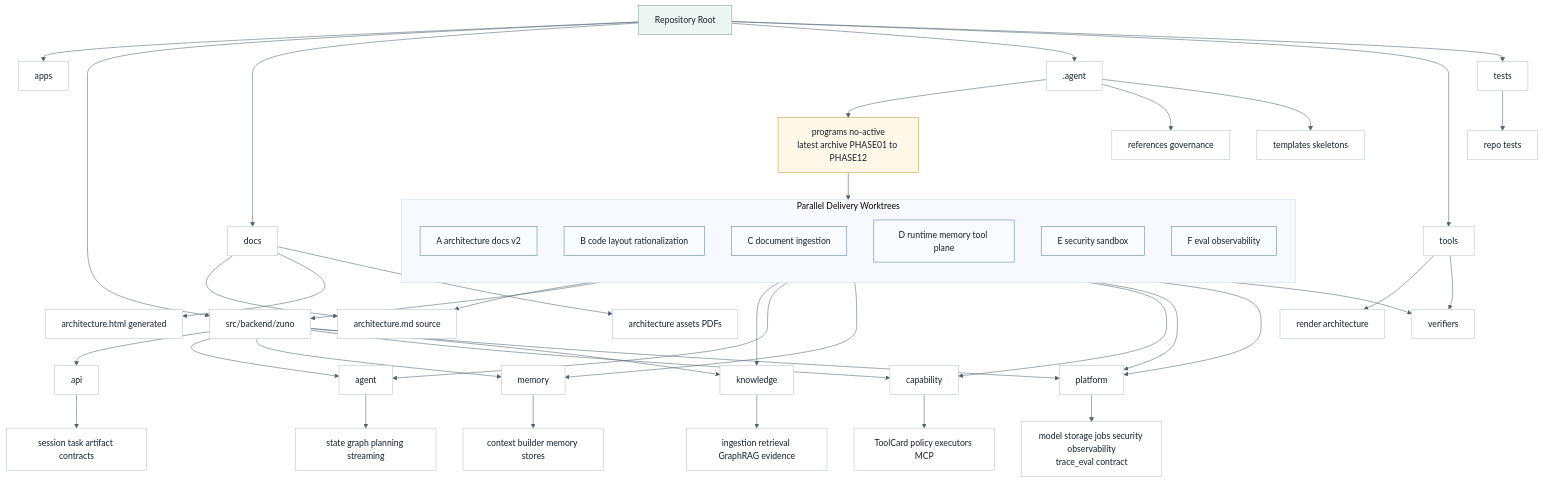
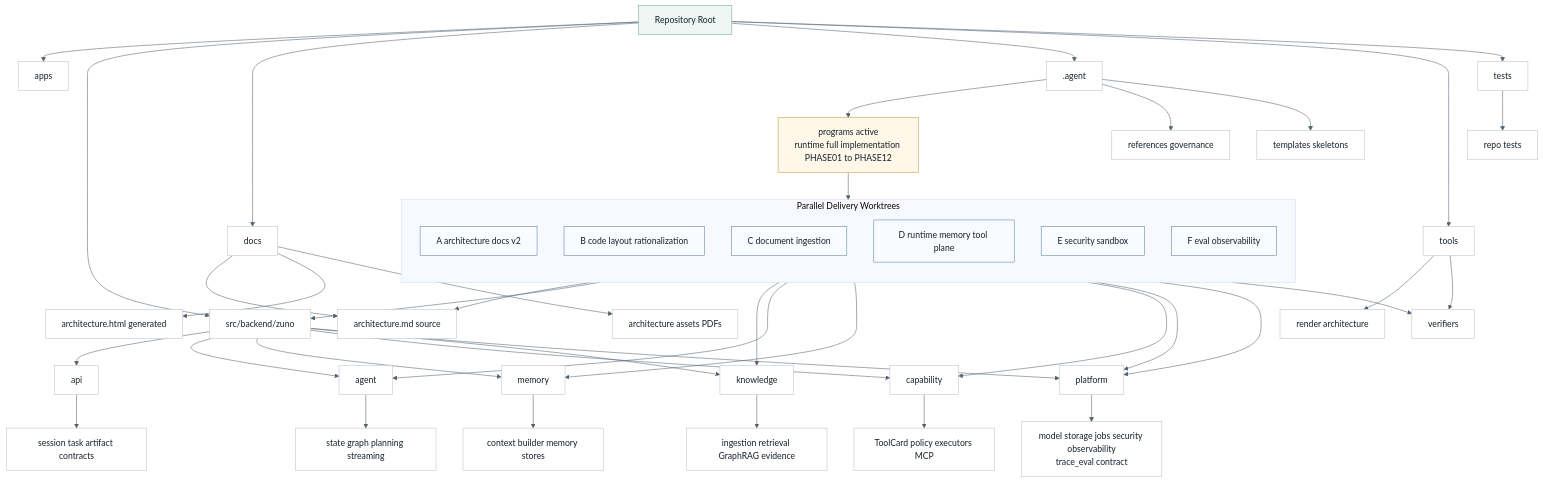
Before and after one commit to ProfessorZhi/Zuno: the second of 10 diagrams in .agent/architecture/architecture.md, drawn with Mermaid. The commit also changed other lines of this file and 33 other files, not shown here.

Commit message:
docs: open runtime full implementation program

````diff
--- a/.agent/architecture/architecture.md
+++ b/.agent/architecture/architecture.md
@@ -1144,59 +1150,59 @@
 ```mermaid
 %%{init: {"theme": "base", "themeVariables": {"background": "#f7f8fb", "lineColor": "#52616f"}}}%%
 flowchart TB
   classDef node fill:#ffffff,stroke:#b8c2cc,stroke-width:1px,color:#16202a;
   classDef accent fill:#eef6f3,stroke:#7aa59a,stroke-width:1px,color:#16202a;
   classDef guard fill:#fff8e8,stroke:#c59b43,stroke-width:1px,color:#16202a;
   classDef work fill:#f8fbff,stroke:#5b7fa3,stroke-width:1px,color:#16202a;
 
   R["Repository Root"]:::accent
   R --> APPS["apps"]
   R --> BACKEND["src/backend/zuno"]
   R --> DOCS["docs"]
   R --> AGENT[".agent"]
   R --> TOOLS["tools"]
   R --> TESTS["tests"]
   BACKEND --> API["api"]
   BACKEND --> AG["agent"]
   BACKEND --> MEM["memory"]
   BACKEND --> CAP["capability"]
   BACKEND --> KNO["knowledge"]
   BACKEND --> PLA["platform"]
   API --> APISTATE["session task artifact contracts"]
   AG --> RUNTIME["state graph planning streaming"]
   MEM --> MEMSYS["context builder memory stores"]
   CAP --> TOOLSYS["ToolCard policy executors MCP"]
   KNO --> KNOWSYS["ingestion retrieval GraphRAG evidence"]
   PLA --> PLATSYS["model storage jobs security observability<br/>trace_eval contract"]
   DOCS --> FORMAL["architecture.md source"]
   DOCS --> HTML["architecture.html generated"]
   DOCS --> ASSETS["architecture assets PDFs"]
-  AGENT --> PROGRAM["programs no-active<br/>latest archive PHASE01 to PHASE12"]:::guard
+  AGENT --> PROGRAM["programs active<br/>runtime full implementation PHASE01 to PHASE12"]:::guard
   AGENT --> REFS["references governance"]
   AGENT --> TPL["templates skeletons"]
   TOOLS --> RENDER["render architecture"]
   TOOLS --> VERIFY["verifiers"]
   TESTS --> REPO["repo tests"]
 
   subgraph WORK["Parallel Delivery Worktrees"]
     direction TB
     WA["A architecture docs v2"]:::work
     WB["B code layout rationalization"]:::work
     WC["C document ingestion"]:::work
     WD["D runtime memory tool plane"]:::work
     WE["E security sandbox"]:::work
     WF["F eval observability"]:::work
   end
 
   PROGRAM --> WORK
   WA --> FORMAL
   WB --> BACKEND
   WC --> KNO
   WD --> AG
   WD --> MEM
   WD --> CAP
   WE --> PLA
   WF --> PLA
   WORK --> VERIFY
   class APPS,BACKEND,DOCS,AGENT,TOOLS,TESTS,API,AG,MEM,CAP,KNO,PLA,APISTATE,RUNTIME,MEMSYS,TOOLSYS,KNOWSYS,PLATSYS,FORMAL,HTML,ASSETS,REFS,TPL,RENDER,VERIFY,REPO node;
 ```
````
